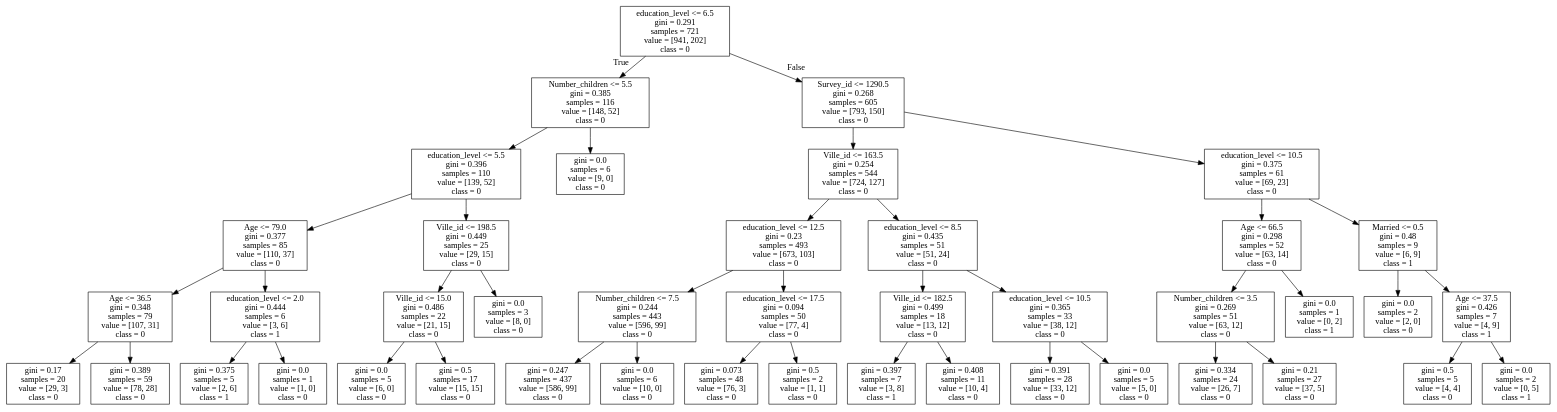
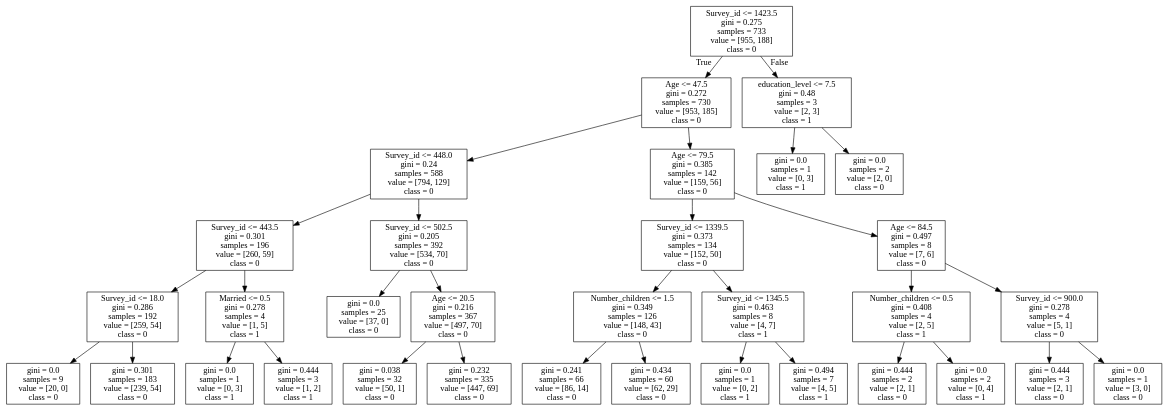
Before and after one commit to IziKodzik/Cart: the diagram in pngs/tree08.dot, drawn with Graphviz. The commit also changed 20 other files, not shown here.

```diff
--- a/pngs/tree08.dot
+++ b/pngs/tree08.dot
@@ -1,88 +1,68 @@
 digraph Tree {
 node [shape=box] ;
-0 [label="education_level <= 6.5\ngini = 0.291\nsamples = 721\nvalue = [941, 202]\nclass = 0"] ;
-1 [label="Number_children <= 5.5\ngini = 0.385\nsamples = 116\nvalue = [148, 52]\nclass = 0"] ;
+0 [label="Survey_id <= 1423.5\ngini = 0.275\nsamples = 733\nvalue = [955, 188]\nclass = 0"] ;
+1 [label="Age <= 47.5\ngini = 0.272\nsamples = 730\nvalue = [953, 185]\nclass = 0"] ;
 0 -> 1 [labeldistance=2.5, labelangle=45, headlabel="True"] ;
-2 [label="education_level <= 5.5\ngini = 0.396\nsamples = 110\nvalue = [139, 52]\nclass = 0"] ;
+2 [label="Survey_id <= 448.0\ngini = 0.24\nsamples = 588\nvalue = [794, 129]\nclass = 0"] ;
 1 -> 2 ;
-3 [label="Age <= 79.0\ngini = 0.377\nsamples = 85\nvalue = [110, 37]\nclass = 0"] ;
+3 [label="Survey_id <= 443.5\ngini = 0.301\nsamples = 196\nvalue = [260, 59]\nclass = 0"] ;
 2 -> 3 ;
-4 [label="Age <= 36.5\ngini = 0.348\nsamples = 79\nvalue = [107, 31]\nclass = 0"] ;
+4 [label="Survey_id <= 18.0\ngini = 0.286\nsamples = 192\nvalue = [259, 54]\nclass = 0"] ;
 3 -> 4 ;
-5 [label="gini = 0.17\nsamples = 20\nvalue = [29, 3]\nclass = 0"] ;
+5 [label="gini = 0.0\nsamples = 9\nvalue = [20, 0]\nclass = 0"] ;
 4 -> 5 ;
-6 [label="gini = 0.389\nsamples = 59\nvalue = [78, 28]\nclass = 0"] ;
+6 [label="gini = 0.301\nsamples = 183\nvalue = [239, 54]\nclass = 0"] ;
 4 -> 6 ;
-7 [label="education_level <= 2.0\ngini = 0.444\nsamples = 6\nvalue = [3, 6]\nclass = 1"] ;
+7 [label="Married <= 0.5\ngini = 0.278\nsamples = 4\nvalue = [1, 5]\nclass = 1"] ;
 3 -> 7 ;
-8 [label="gini = 0.375\nsamples = 5\nvalue = [2, 6]\nclass = 1"] ;
+8 [label="gini = 0.0\nsamples = 1\nvalue = [0, 3]\nclass = 1"] ;
 7 -> 8 ;
-9 [label="gini = 0.0\nsamples = 1\nvalue = [1, 0]\nclass = 0"] ;
+9 [label="gini = 0.444\nsamples = 3\nvalue = [1, 2]\nclass = 1"] ;
 7 -> 9 ;
-10 [label="Ville_id <= 198.5\ngini = 0.449\nsamples = 25\nvalue = [29, 15]\nclass = 0"] ;
+10 [label="Survey_id <= 502.5\ngini = 0.205\nsamples = 392\nvalue = [534, 70]\nclass = 0"] ;
 2 -> 10 ;
-11 [label="Ville_id <= 15.0\ngini = 0.486\nsamples = 22\nvalue = [21, 15]\nclass = 0"] ;
+11 [label="gini = 0.0\nsamples = 25\nvalue = [37, 0]\nclass = 0"] ;
 10 -> 11 ;
-12 [label="gini = 0.0\nsamples = 5\nvalue = [6, 0]\nclass = 0"] ;
-11 -> 12 ;
-13 [label="gini = 0.5\nsamples = 17\nvalue = [15, 15]\nclass = 0"] ;
-11 -> 13 ;
-14 [label="gini = 0.0\nsamples = 3\nvalue = [8, 0]\nclass = 0"] ;
-10 -> 14 ;
-15 [label="gini = 0.0\nsamples = 6\nvalue = [9, 0]\nclass = 0"] ;
+12 [label="Age <= 20.5\ngini = 0.216\nsamples = 367\nvalue = [497, 70]\nclass = 0"] ;
+10 -> 12 ;
+13 [label="gini = 0.038\nsamples = 32\nvalue = [50, 1]\nclass = 0"] ;
+12 -> 13 ;
+14 [label="gini = 0.232\nsamples = 335\nvalue = [447, 69]\nclass = 0"] ;
+12 -> 14 ;
+15 [label="Age <= 79.5\ngini = 0.385\nsamples = 142\nvalue = [159, 56]\nclass = 0"] ;
 1 -> 15 ;
-16 [label="Survey_id <= 1290.5\ngini = 0.268\nsamples = 605\nvalue = [793, 150]\nclass = 0"] ;
-0 -> 16 [labeldistance=2.5, labelangle=-45, headlabel="False"] ;
-17 [label="Ville_id <= 163.5\ngini = 0.254\nsamples = 544\nvalue = [724, 127]\nclass = 0"] ;
+16 [label="Survey_id <= 1339.5\ngini = 0.373\nsamples = 134\nvalue = [152, 50]\nclass = 0"] ;
+15 -> 16 ;
+17 [label="Number_children <= 1.5\ngini = 0.349\nsamples = 126\nvalue = [148, 43]\nclass = 0"] ;
 16 -> 17 ;
-18 [label="education_level <= 12.5\ngini = 0.23\nsamples = 493\nvalue = [673, 103]\nclass = 0"] ;
+18 [label="gini = 0.241\nsamples = 66\nvalue = [86, 14]\nclass = 0"] ;
 17 -> 18 ;
-19 [label="Number_children <= 7.5\ngini = 0.244\nsamples = 443\nvalue = [596, 99]\nclass = 0"] ;
-18 -> 19 ;
-20 [label="gini = 0.247\nsamples = 437\nvalue = [586, 99]\nclass = 0"] ;
-19 -> 20 ;
-21 [label="gini = 0.0\nsamples = 6\nvalue = [10, 0]\nclass = 0"] ;
-19 -> 21 ;
-22 [label="education_level <= 17.5\ngini = 0.094\nsamples = 50\nvalue = [77, 4]\nclass = 0"] ;
-18 -> 22 ;
-23 [label="gini = 0.073\nsamples = 48\nvalue = [76, 3]\nclass = 0"] ;
-22 -> 23 ;
-24 [label="gini = 0.5\nsamples = 2\nvalue = [1, 1]\nclass = 0"] ;
-22 -> 24 ;
-25 [label="education_level <= 8.5\ngini = 0.435\nsamples = 51\nvalue = [51, 24]\nclass = 0"] ;
-17 -> 25 ;
-26 [label="Ville_id <= 182.5\ngini = 0.499\nsamples = 18\nvalue = [13, 12]\nclass = 0"] ;
-25 -> 26 ;
-27 [label="gini = 0.397\nsamples = 7\nvalue = [3, 8]\nclass = 1"] ;
-26 -> 27 ;
-28 [label="gini = 0.408\nsamples = 11\nvalue = [10, 4]\nclass = 0"] ;
-26 -> 28 ;
-29 [label="education_level <= 10.5\ngini = 0.365\nsamples = 33\nvalue = [38, 12]\nclass = 0"] ;
-25 -> 29 ;
-30 [label="gini = 0.391\nsamples = 28\nvalue = [33, 12]\nclass = 0"] ;
-29 -> 30 ;
-31 [label="gini = 0.0\nsamples = 5\nvalue = [5, 0]\nclass = 0"] ;
-29 -> 31 ;
-32 [label="education_level <= 10.5\ngini = 0.375\nsamples = 61\nvalue = [69, 23]\nclass = 0"] ;
-16 -> 32 ;
-33 [label="Age <= 66.5\ngini = 0.298\nsamples = 52\nvalue = [63, 14]\nclass = 0"] ;
-32 -> 33 ;
-34 [label="Number_children <= 3.5\ngini = 0.269\nsamples = 51\nvalue = [63, 12]\nclass = 0"] ;
-33 -> 34 ;
-35 [label="gini = 0.334\nsamples = 24\nvalue = [26, 7]\nclass = 0"] ;
-34 -> 35 ;
-36 [label="gini = 0.21\nsamples = 27\nvalue = [37, 5]\nclass = 0"] ;
-34 -> 36 ;
-37 [label="gini = 0.0\nsamples = 1\nvalue = [0, 2]\nclass = 1"] ;
-33 -> 37 ;
-38 [label="Married <= 0.5\ngini = 0.48\nsamples = 9\nvalue = [6, 9]\nclass = 1"] ;
-32 -> 38 ;
-39 [label="gini = 0.0\nsamples = 2\nvalue = [2, 0]\nclass = 0"] ;
-38 -> 39 ;
-40 [label="Age <= 37.5\ngini = 0.426\nsamples = 7\nvalue = [4, 9]\nclass = 1"] ;
-38 -> 40 ;
-41 [label="gini = 0.5\nsamples = 5\nvalue = [4, 4]\nclass = 0"] ;
-40 -> 41 ;
-42 [label="gini = 0.0\nsamples = 2\nvalue = [0, 5]\nclass = 1"] ;
-40 -> 42 ;
+19 [label="gini = 0.434\nsamples = 60\nvalue = [62, 29]\nclass = 0"] ;
+17 -> 19 ;
+20 [label="Survey_id <= 1345.5\ngini = 0.463\nsamples = 8\nvalue = [4, 7]\nclass = 1"] ;
+16 -> 20 ;
+21 [label="gini = 0.0\nsamples = 1\nvalue = [0, 2]\nclass = 1"] ;
+20 -> 21 ;
+22 [label="gini = 0.494\nsamples = 7\nvalue = [4, 5]\nclass = 1"] ;
+20 -> 22 ;
+23 [label="Age <= 84.5\ngini = 0.497\nsamples = 8\nvalue = [7, 6]\nclass = 0"] ;
+15 -> 23 ;
+24 [label="Number_children <= 0.5\ngini = 0.408\nsamples = 4\nvalue = [2, 5]\nclass = 1"] ;
+23 -> 24 ;
+25 [label="gini = 0.444\nsamples = 2\nvalue = [2, 1]\nclass = 0"] ;
+24 -> 25 ;
+26 [label="gini = 0.0\nsamples = 2\nvalue = [0, 4]\nclass = 1"] ;
+24 -> 26 ;
+27 [label="Survey_id <= 900.0\ngini = 0.278\nsamples = 4\nvalue = [5, 1]\nclass = 0"] ;
+23 -> 27 ;
+28 [label="gini = 0.444\nsamples = 3\nvalue = [2, 1]\nclass = 0"] ;
+27 -> 28 ;
+29 [label="gini = 0.0\nsamples = 1\nvalue = [3, 0]\nclass = 0"] ;
+27 -> 29 ;
+30 [label="education_level <= 7.5\ngini = 0.48\nsamples = 3\nvalue = [2, 3]\nclass = 1"] ;
+0 -> 30 [labeldistance=2.5, labelangle=-45, headlabel="False"] ;
+31 [label="gini = 0.0\nsamples = 1\nvalue = [0, 3]\nclass = 1"] ;
+30 -> 31 ;
+32 [label="gini = 0.0\nsamples = 2\nvalue = [2, 0]\nclass = 0"] ;
+30 -> 32 ;
 }
```
